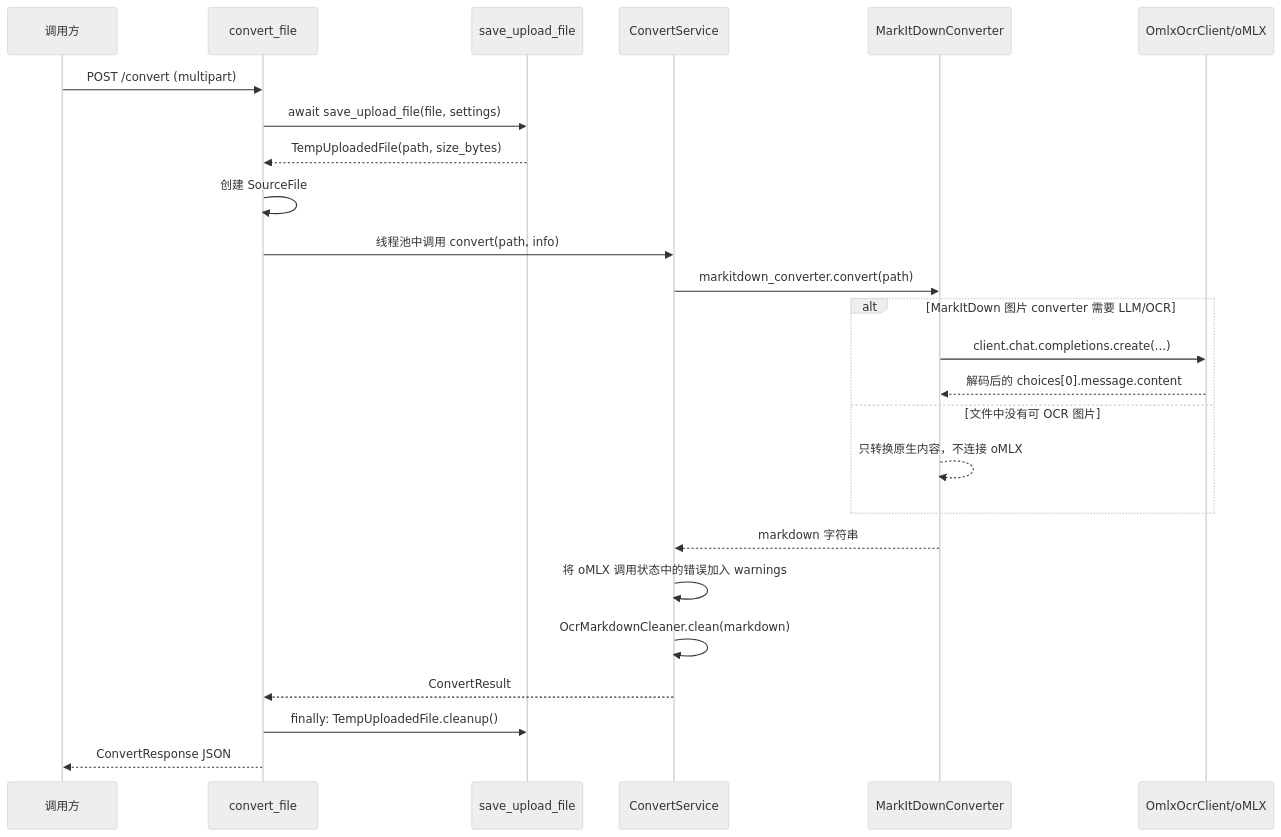
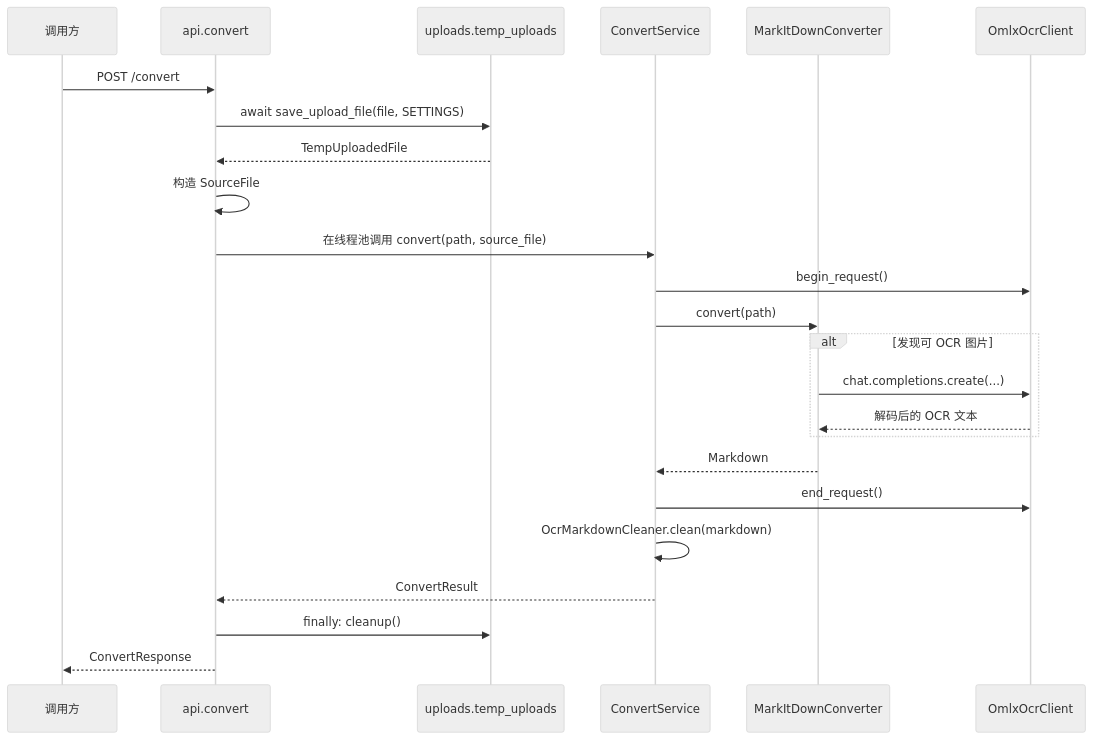
Before and after one commit to Jianshi-Lu/to-markdown: the second of 2 diagrams in docs/code-reference.md, drawn with Mermaid (neutral theme). The commit also changed other lines of this file and 4 other files, not shown here.

````diff
--- a/docs/code-reference.md
+++ b/docs/code-reference.md
@@ -167,28 +141,27 @@
 ```mermaid
 sequenceDiagram
     participant C as 调用方
-    participant R as convert_file
-    participant S as save_upload_file
-    participant CS as ConvertService
+    participant R as api.convert
+    participant U as uploads.temp_uploads
+    participant S as ConvertService
     participant M as MarkItDownConverter
-    participant O as OmlxOcrClient/oMLX
+    participant O as OmlxOcrClient
 
-    C->>R: POST /convert (multipart)
-    R->>S: await save_upload_file(file, settings)
-    S-->>R: TempUploadedFile(path, size_bytes)
-    R->>R: 创建 SourceFile
-    R->>CS: 线程池中调用 convert(path, info)
-    CS->>M: markitdown_converter.convert(path)
-    alt MarkItDown 图片 converter 需要 LLM/OCR
-        M->>O: client.chat.completions.create(...)
-        O-->>M: 解码后的 choices[0].message.content
-    else 文件中没有可 OCR 图片
-        M-->>M: 只转换原生内容，不连接 oMLX
+    C->>R: POST /convert
+    R->>U: await save_upload_file(file, SETTINGS)
+    U-->>R: TempUploadedFile
+    R->>R: 构造 SourceFile
+    R->>S: 在线程池调用 convert(path, source_file)
+    S->>O: begin_request()
+    S->>M: convert(path)
+    alt 发现可 OCR 图片
+        M->>O: chat.completions.create(...)
+        O-->>M: 解码后的 OCR 文本
     end
-    M-->>CS: markdown 字符串
-    CS->>CS: 将 oMLX 调用状态中的错误加入 warnings
-    CS->>CS: OcrMarkdownCleaner.clean(markdown)
-    CS-->>R: ConvertResult
-    R->>S: finally: TempUploadedFile.cleanup()
-    R-->>C: ConvertResponse JSON
+    M-->>S: Markdown
+    S->>O: end_request()
+    S->>S: OcrMarkdownCleaner.clean(markdown)
+    S-->>R: ConvertResult
+    R->>U: finally: cleanup()
+    R-->>C: ConvertResponse
 ```
````
